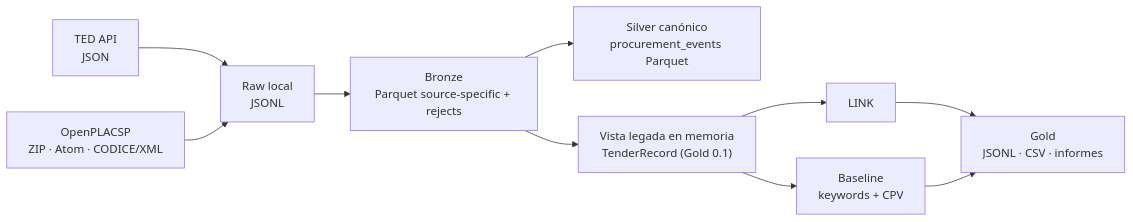
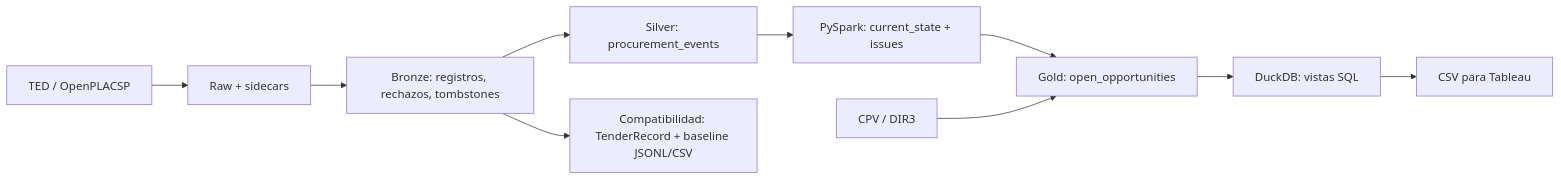
The diagram in docs/architecture.md (tomcrojo/tfm-licitaciones), drawn with Mermaid before and after one commit. The commit also changed other lines of this file and 36 other files, not shown here.

````diff
--- a/docs/architecture.md
+++ b/docs/architecture.md
@@ -24,12 +9,12 @@
 ```mermaid
 flowchart LR
-    TED["TED API<br/>JSON"] --> RAW["Raw local<br/>JSONL"]
-    PLACSP["OpenPLACSP<br/>ZIP · Atom · CODICE/XML"] --> RAW
-    RAW --> BRONZE["Bronze<br/>Parquet source-specific + rejects"]
-    BRONZE --> SILVER["Silver canónico<br/>procurement_events Parquet"]
-    BRONZE --> LEGACY["Vista legada en memoria<br/>TenderRecord (Gold 0.1)"]
-    LEGACY --> LINK
-    LEGACY --> CLASS["Baseline<br/>keywords + CPV"]
-    LINK --> GOLD["Gold<br/>JSONL · CSV · informes"]
-    CLASS --> GOLD
+    S["TED / OpenPLACSP"] --> R["Raw + sidecars"]
+    R --> B["Bronze: registros, rechazos, tombstones"]
+    B --> V["Silver: procurement_events"]
+    V --> C["PySpark: current_state + issues"]
+    C --> G["Gold: open_opportunities"]
+    REF["CPV / DIR3"] --> G
+    G --> D["DuckDB: vistas SQL"]
+    D --> E["CSV para Tableau"]
+    B --> L["Compatibilidad: TenderRecord + baseline JSONL/CSV"]
 ```
````
